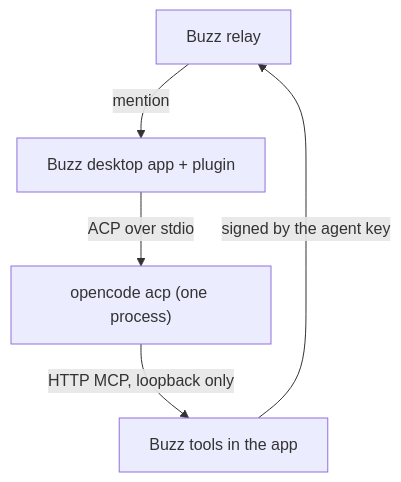
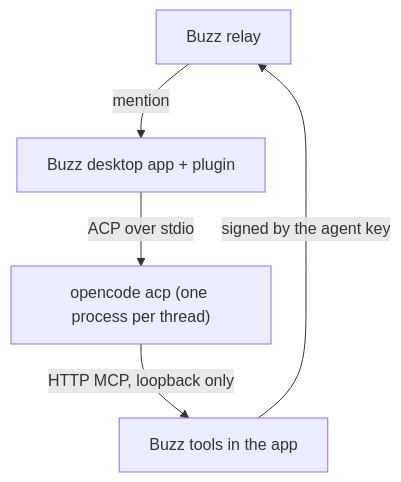
One commit to sagmans/buzz-plugin-opencode changed the diagram in README.md. Above: the diagram before and after it, drawn with Mermaid. The commit also changed other lines of this file and 4 other files, not shown here.

First line of the commit message:
fix: give each conversation its own opencode acp process

````diff
--- a/README.md
+++ b/README.md
@@ -31,7 +33,7 @@
 ```mermaid
 flowchart TB
   Relay["Buzz relay"] -- "mention" --> App["Buzz desktop app + plugin"]
-  App -- "ACP over stdio" --> OC["opencode acp (one process)"]
+  App -- "ACP over stdio" --> OC["opencode acp (one process per thread)"]
   OC -- "HTTP MCP, loopback only" --> Tools["Buzz tools in the app"]
   Tools -- "signed by the agent key" --> Relay
 ```
````
